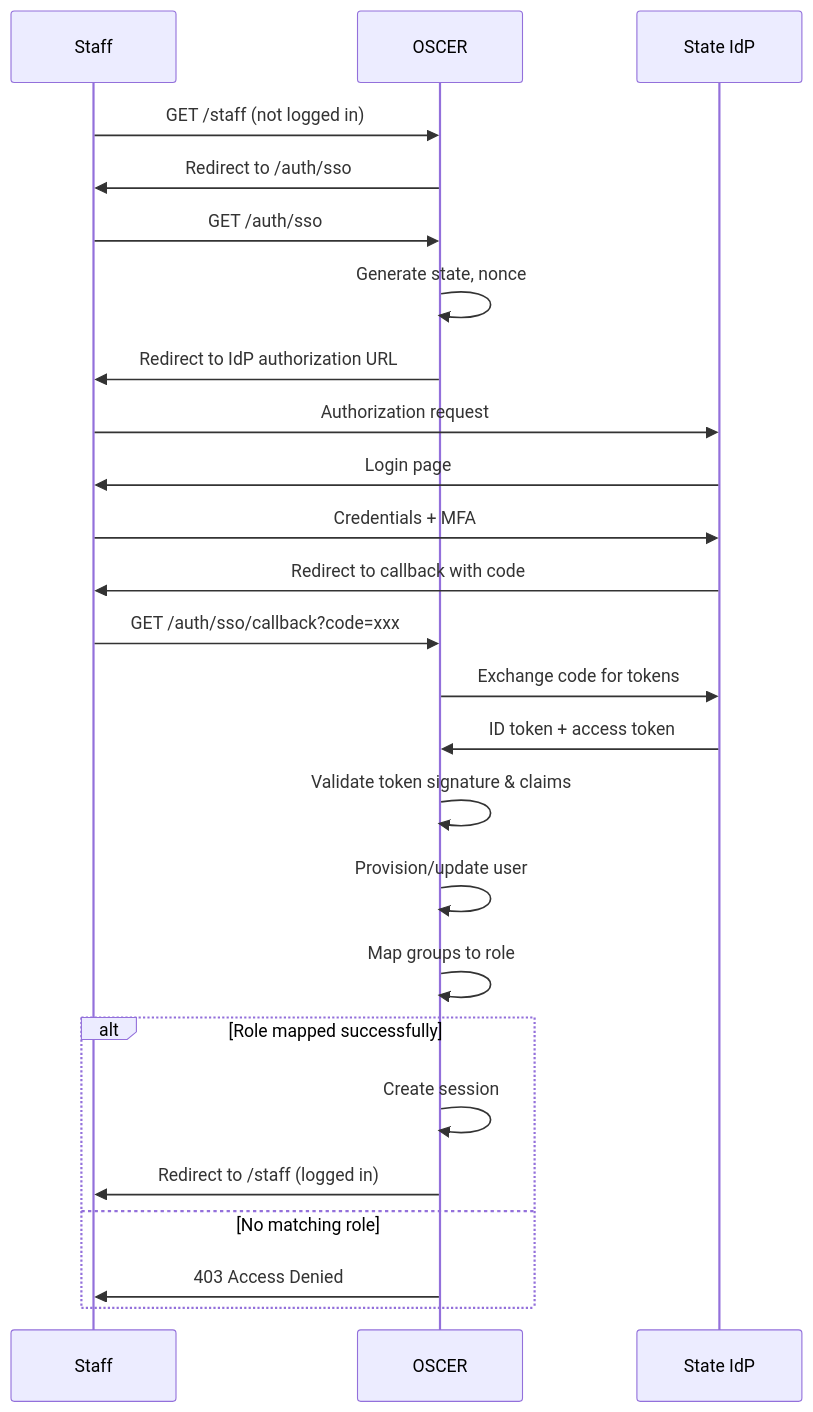
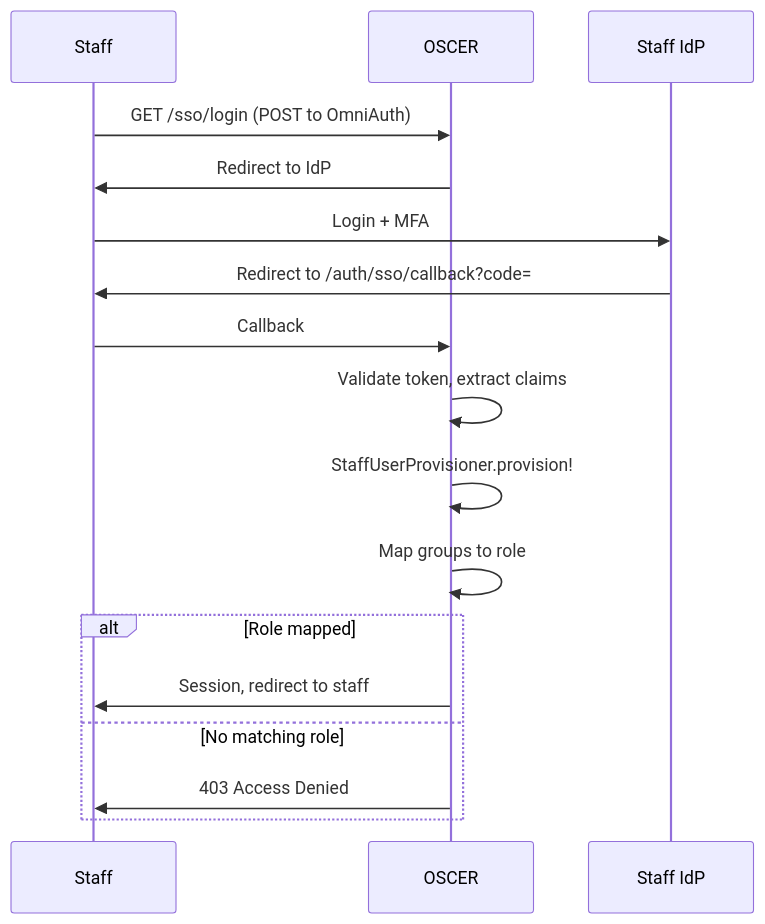
One commit to navapbc/oscer changed the fourth of 4 diagrams in docs/architecture/staff-sso/staff-sso.md. Above: the diagram before and after it, drawn with Mermaid. The commit also changed other lines of this file and 1 other file, not shown here.

Commit message:
create member sso spec and update staff sso spec

````diff
--- a/docs/architecture/staff-sso/staff-sso.md
+++ b/docs/architecture/staff-sso/staff-sso.md
@@ -172,32 +204,20 @@
 ```mermaid
 sequenceDiagram
     participant Staff
-    participant OSCER as OSCER
-    participant IdP as State IdP
+    participant OSCER
+    participant IdP as Staff IdP
 
-    Staff->>OSCER: GET /staff (not logged in)
-    OSCER->>Staff: Redirect to /auth/sso
-    
-    Staff->>OSCER: GET /auth/sso
-    OSCER->>OSCER: Generate state, nonce
-    OSCER->>Staff: Redirect to IdP authorization URL
-
-    Staff->>IdP: Authorization request
-    IdP->>Staff: Login page
-    Staff->>IdP: Credentials + MFA
-    IdP->>Staff: Redirect to callback with code
-
-    Staff->>OSCER: GET /auth/sso/callback?code=xxx
-    OSCER->>IdP: Exchange code for tokens
-    IdP->>OSCER: ID token + access token
-    OSCER->>OSCER: Validate token signature & claims
-    OSCER->>OSCER: Provision/update user
+    Staff->>OSCER: GET /sso/login (POST to OmniAuth)
+    OSCER->>Staff: Redirect to IdP
+    Staff->>IdP: Login + MFA
+    IdP->>Staff: Redirect to /auth/sso/callback?code=
+    Staff->>OSCER: Callback
+    OSCER->>OSCER: Validate token, extract claims
+    OSCER->>OSCER: StaffUserProvisioner.provision!
     OSCER->>OSCER: Map groups to role
-    
-    alt Role mapped successfully
-        OSCER->>OSCER: Create session
-        OSCER->>Staff: Redirect to /staff (logged in)
+    alt Role mapped
+        OSCER->>Staff: Session, redirect to staff
     else No matching role
         OSCER->>Staff: 403 Access Denied
     end
 ```
````
